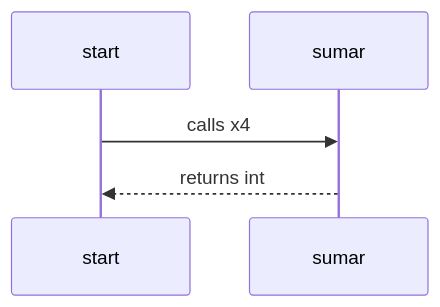
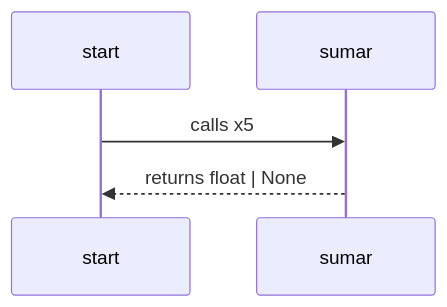
One commit to Nacho215/Practica-Data-Engineer changed the diagram in Unidad 11/docs/diagrama_de_secuencia_suma.md. Above: the diagram before and after it, drawn with Mermaid. The commit also changed other lines of this file and 7 other files, not shown here.

Commit message:
Fix: Updated functions, tests and diagrams

````diff
--- a/Unidad 11/docs/diagrama_de_secuencia_suma.md
+++ b/Unidad 11/docs/diagrama_de_secuencia_suma.md
@@ -5,6 +5,6 @@
 ```mermaid
 sequenceDiagram
-  start->>sumar: calls x4
-  sumar-->>start: returns int
+  start->>sumar: calls x5
+  sumar-->>start: returns float | None
 
 ```
````
